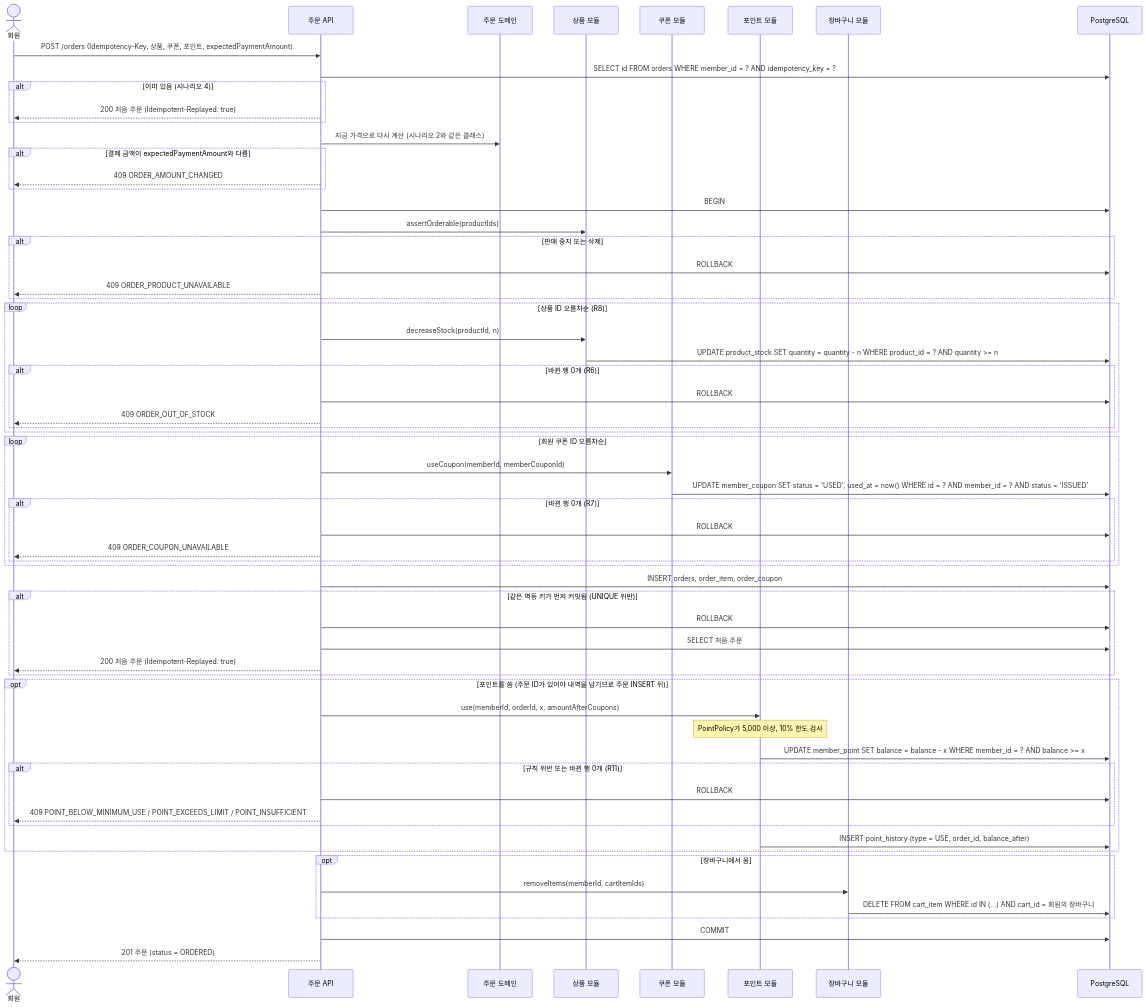
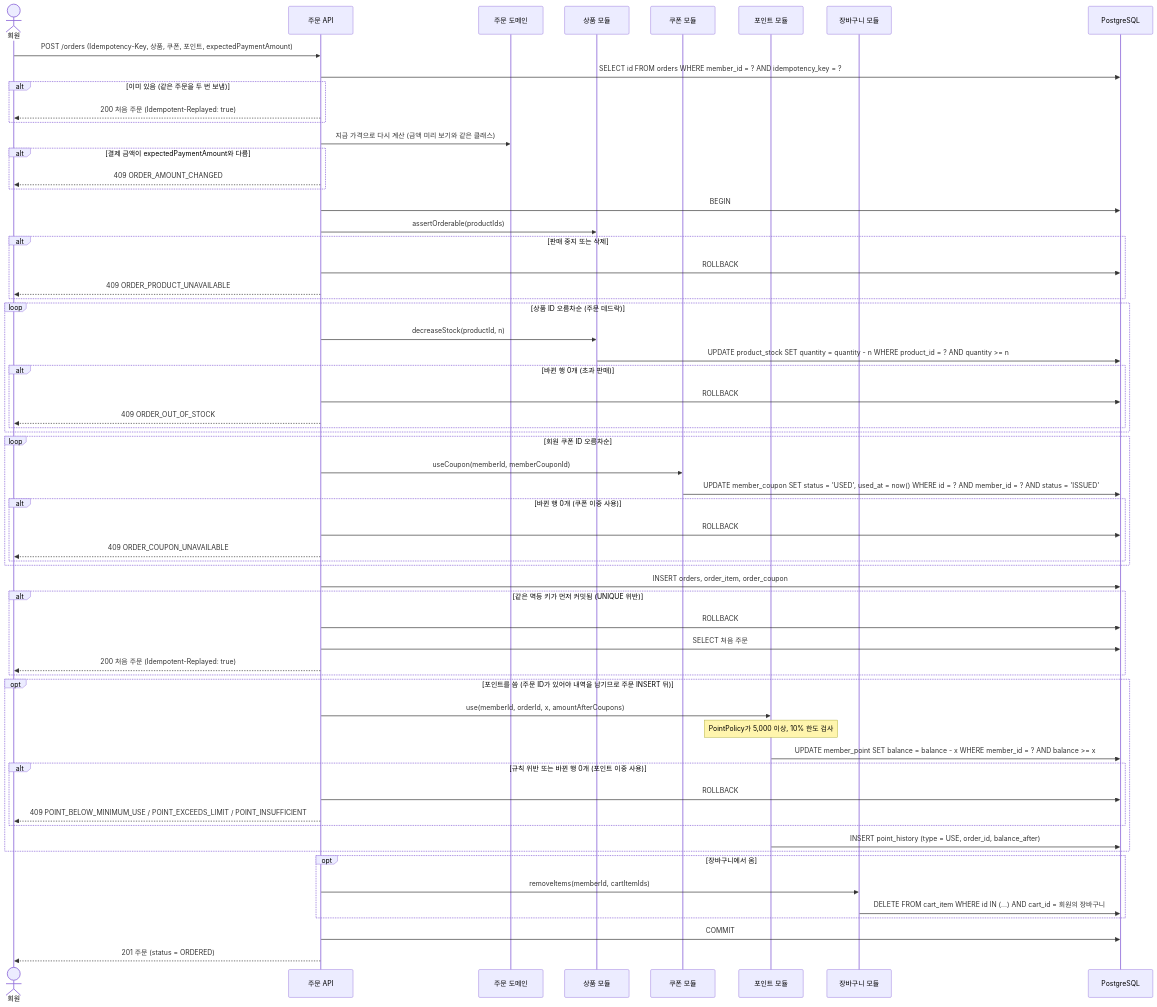
One commit to KAPUIST/flash-gate changed the third of 9 diagrams in docs/features/order/flows.md. Above: the diagram before and after it, drawn with Mermaid. The commit also changed other lines of this file and 33 other files, not shown here.

````diff
--- a/docs/features/order/flows.md
+++ b/docs/features/order/flows.md
@@ -75,65 +75,65 @@
 ```mermaid
 sequenceDiagram
     actor U as 회원
     participant O as 주문 API
     participant D as 주문 도메인
     participant P as 상품 모듈
     participant CP as 쿠폰 모듈
     participant PT as 포인트 모듈
     participant C as 장바구니 모듈
     participant DB as PostgreSQL
 
     U->>O: POST /orders (Idempotency-Key, 상품, 쿠폰, 포인트, expectedPaymentAmount)
     O->>DB: SELECT id FROM orders WHERE member_id = ? AND idempotency_key = ?
-    alt 이미 있음 (시나리오 4)
+    alt 이미 있음 (같은 주문을 두 번 보냄)
         O-->>U: 200 처음 주문 (Idempotent-Replayed: true)
     end
-    O->>D: 지금 가격으로 다시 계산 (시나리오 2와 같은 클래스)
+    O->>D: 지금 가격으로 다시 계산 (금액 미리 보기와 같은 클래스)
     alt 결제 금액이 expectedPaymentAmount와 다름
         O-->>U: 409 ORDER_AMOUNT_CHANGED
     end
     O->>DB: BEGIN
     O->>P: assertOrderable(productIds)
     alt 판매 중지 또는 삭제
         O->>DB: ROLLBACK
         O-->>U: 409 ORDER_PRODUCT_UNAVAILABLE
     end
-    loop 상품 ID 오름차순 (R8)
+    loop 상품 ID 오름차순 (주문 데드락)
         O->>P: decreaseStock(productId, n)
         P->>DB: UPDATE product_stock SET quantity = quantity - n WHERE product_id = ? AND quantity >= n
-        alt 바뀐 행 0개 (R6)
+        alt 바뀐 행 0개 (초과 판매)
             O->>DB: ROLLBACK
             O-->>U: 409 ORDER_OUT_OF_STOCK
         end
     end
     loop 회원 쿠폰 ID 오름차순
         O->>CP: useCoupon(memberId, memberCouponId)
         CP->>DB: UPDATE member_coupon SET status = 'USED', used_at = now() WHERE id = ? AND member_id = ? AND status = 'ISSUED'
-        alt 바뀐 행 0개 (R7)
+        alt 바뀐 행 0개 (쿠폰 이중 사용)
             O->>DB: ROLLBACK
             O-->>U: 409 ORDER_COUPON_UNAVAILABLE
         end
     end
     O->>DB: INSERT orders, order_item, order_coupon
     alt 같은 멱등 키가 먼저 커밋됨 (UNIQUE 위반)
         O->>DB: ROLLBACK
         O->>DB: SELECT 처음 주문
         O-->>U: 200 처음 주문 (Idempotent-Replayed: true)
     end
     opt 포인트를 씀 (주문 ID가 있어야 내역을 남기므로 주문 INSERT 뒤)
         O->>PT: use(memberId, orderId, x, amountAfterCoupons)
         Note over PT: PointPolicy가 5,000 이상, 10% 한도 검사
         PT->>DB: UPDATE member_point SET balance = balance - x WHERE member_id = ? AND balance >= x
-        alt 규칙 위반 또는 바뀐 행 0개 (R11)
+        alt 규칙 위반 또는 바뀐 행 0개 (포인트 이중 사용)
             O->>DB: ROLLBACK
             O-->>U: 409 POINT_BELOW_MINIMUM_USE / POINT_EXCEEDS_LIMIT / POINT_INSUFFICIENT
         end
         PT->>DB: INSERT point_history (type = USE, order_id, balance_after)
     end
     opt 장바구니에서 옴
         O->>C: removeItems(memberId, cartItemIds)
         C->>DB: DELETE FROM cart_item WHERE id IN (...) AND cart_id = 회원의 장바구니
     end
     O->>DB: COMMIT
     O-->>U: 201 주문 (status = ORDERED)
 ```
````
